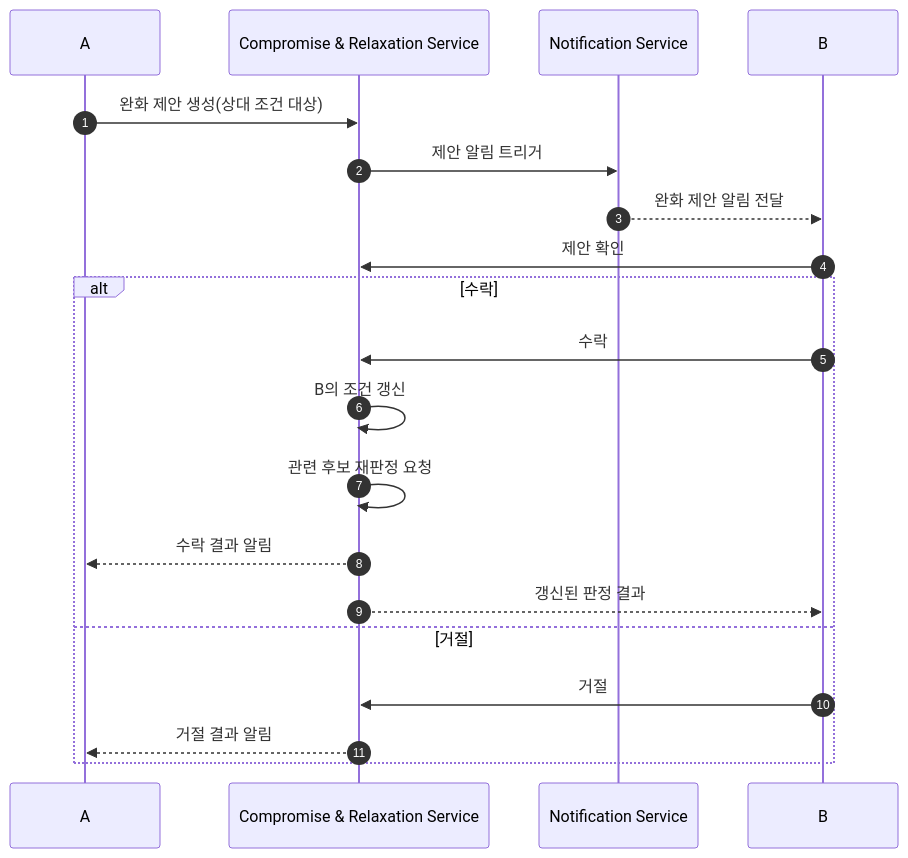
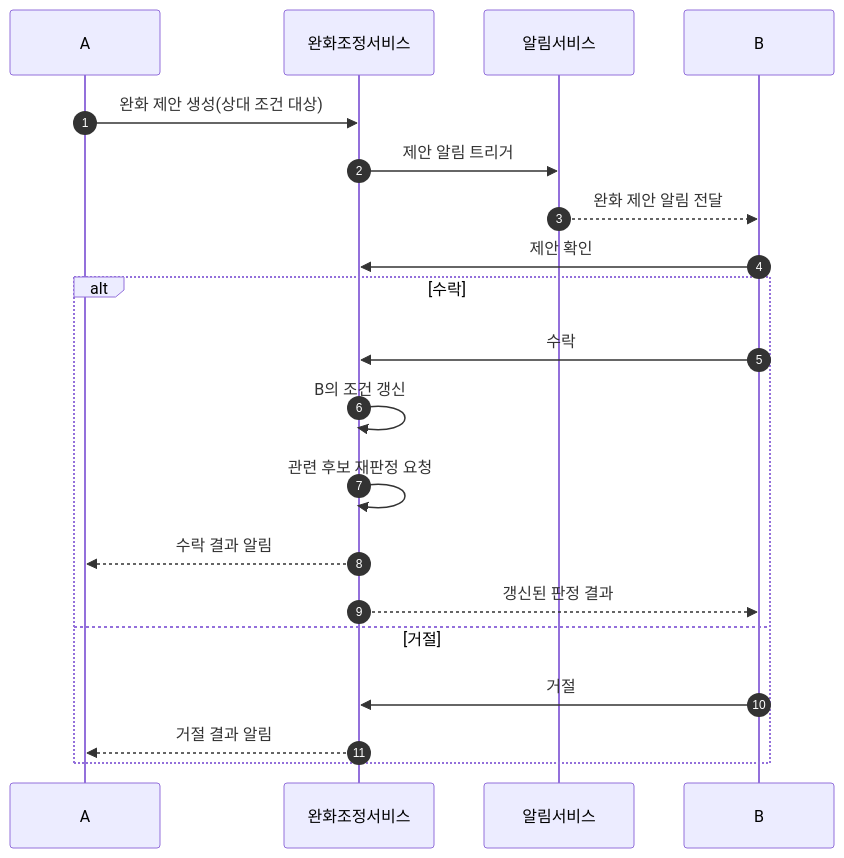
One commit to soobworks/SRS_project changed diagram 15 of 23 in SRS_project/같이보기-technical-design-v1_0.md. Above: the diagram before and after it, drawn with Mermaid. The commit also changed other lines of this file, not shown here.

First line of the commit message:
Translate class/sequence diagram identifiers in TDD §4-5 to Korean

````diff
--- a/SRS_project/같이보기-technical-design-v1_0.md
+++ b/SRS_project/같이보기-technical-design-v1_0.md
@@ -697,23 +697,23 @@
 ```mermaid
 sequenceDiagram
     autonumber
     participant A as A
-    participant CRS as Compromise & Relaxation Service
-    participant Notif as Notification Service
+    participant CRS as 완화조정서비스
+    participant Notif as 알림서비스
     participant B as B
 
     A->>CRS: 완화 제안 생성(상대 조건 대상)
     CRS->>Notif: 제안 알림 트리거
     Notif-->>B: 완화 제안 알림 전달
     B->>CRS: 제안 확인
     alt 수락
         B->>CRS: 수락
         CRS->>CRS: B의 조건 갱신
         CRS->>CRS: 관련 후보 재판정 요청
         CRS-->>A: 수락 결과 알림
         CRS-->>B: 갱신된 판정 결과
     else 거절
         B->>CRS: 거절
         CRS-->>A: 거절 결과 알림
     end
 ```
````
